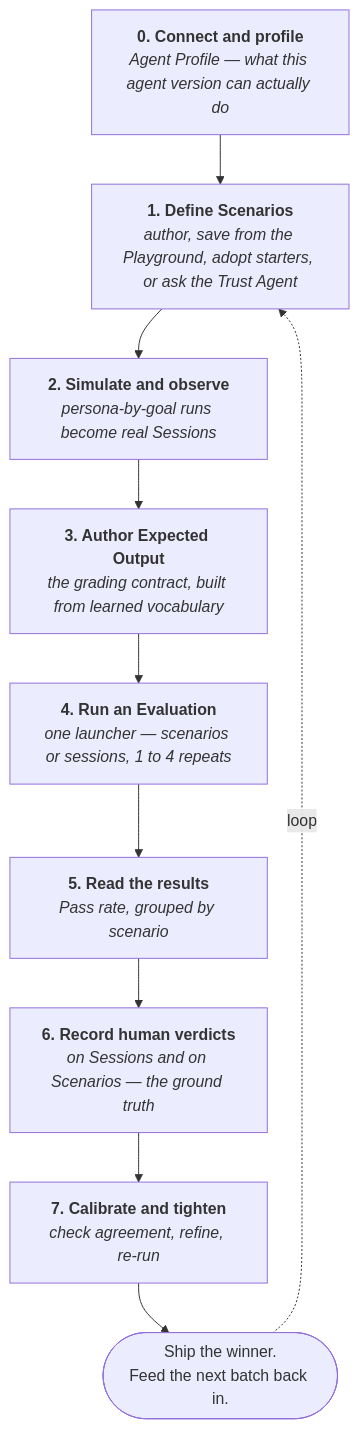
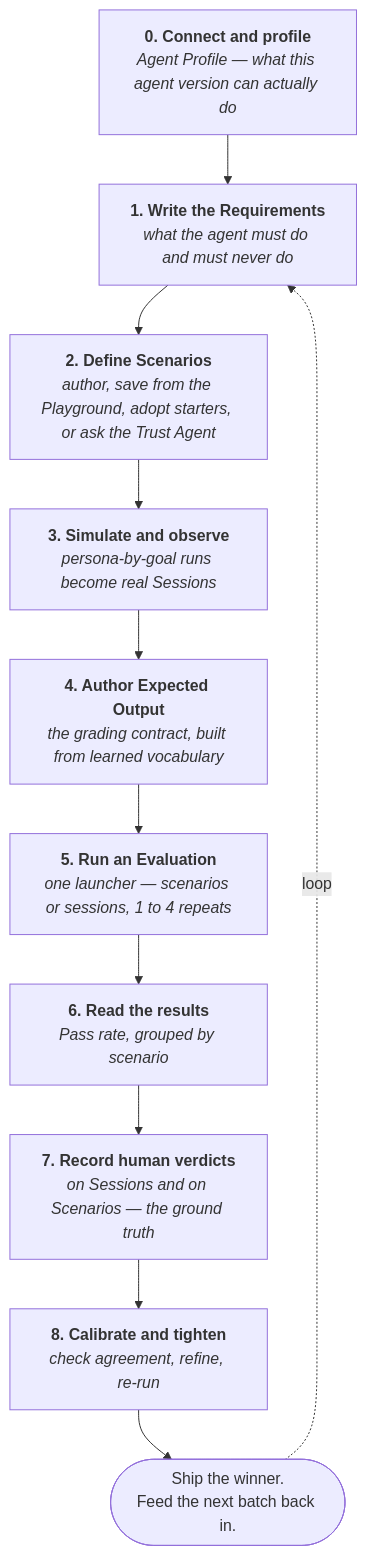
The diagram in concepts/evaluation-loop.mdx (Provar-TrustAI/docs), drawn with Mermaid before and after one commit. The commit also changed other lines of this file and 2 other files, not shown here.

````diff
--- a/concepts/evaluation-loop.mdx
+++ b/concepts/evaluation-loop.mdx
@@ -15,22 +15,24 @@
 ```mermaid
 flowchart TD
     P["<b>0. Connect and profile</b><br/><i>Agent Profile — what this agent version can actually do</i>"]
-    S1["<b>1. Define Scenarios</b><br/><i>author, save from the Playground, adopt starters, or ask the Trust Agent</i>"]
-    S2["<b>2. Simulate and observe</b><br/><i>persona-by-goal runs become real Sessions</i>"]
-    S3["<b>3. Author Expected Output</b><br/><i>the grading contract, built from learned vocabulary</i>"]
-    S4["<b>4. Run an Evaluation</b><br/><i>one launcher — scenarios or sessions, 1 to 4 repeats</i>"]
-    S5["<b>5. Read the results</b><br/><i>Pass rate, grouped by scenario</i>"]
-    S6["<b>6. Record human verdicts</b><br/><i>on Sessions and on Scenarios — the ground truth</i>"]
-    S7["<b>7. Calibrate and tighten</b><br/><i>check agreement, refine, re-run</i>"]
+    S1["<b>1. Write the Requirements</b><br/><i>what the agent must do and must never do</i>"]
+    S2["<b>2. Define Scenarios</b><br/><i>author, save from the Playground, adopt starters, or ask the Trust Agent</i>"]
+    S3["<b>3. Simulate and observe</b><br/><i>persona-by-goal runs become real Sessions</i>"]
+    S4["<b>4. Author Expected Output</b><br/><i>the grading contract, built from learned vocabulary</i>"]
+    S5["<b>5. Run an Evaluation</b><br/><i>one launcher — scenarios or sessions, 1 to 4 repeats</i>"]
+    S6["<b>6. Read the results</b><br/><i>Pass rate, grouped by scenario</i>"]
+    S7["<b>7. Record human verdicts</b><br/><i>on Sessions and on Scenarios — the ground truth</i>"]
+    S8["<b>8. Calibrate and tighten</b><br/><i>check agreement, refine, re-run</i>"]
     SHIP(["Ship the winner.<br/>Feed the next batch back in."])
 
     P --> S1
     S1 --> S2
     S2 --> S3
     S3 --> S4
     S4 --> S5
     S5 --> S6
     S6 --> S7
-    S7 --> SHIP
+    S7 --> S8
+    S8 --> SHIP
     SHIP -.->|loop| S1
 ```
````
